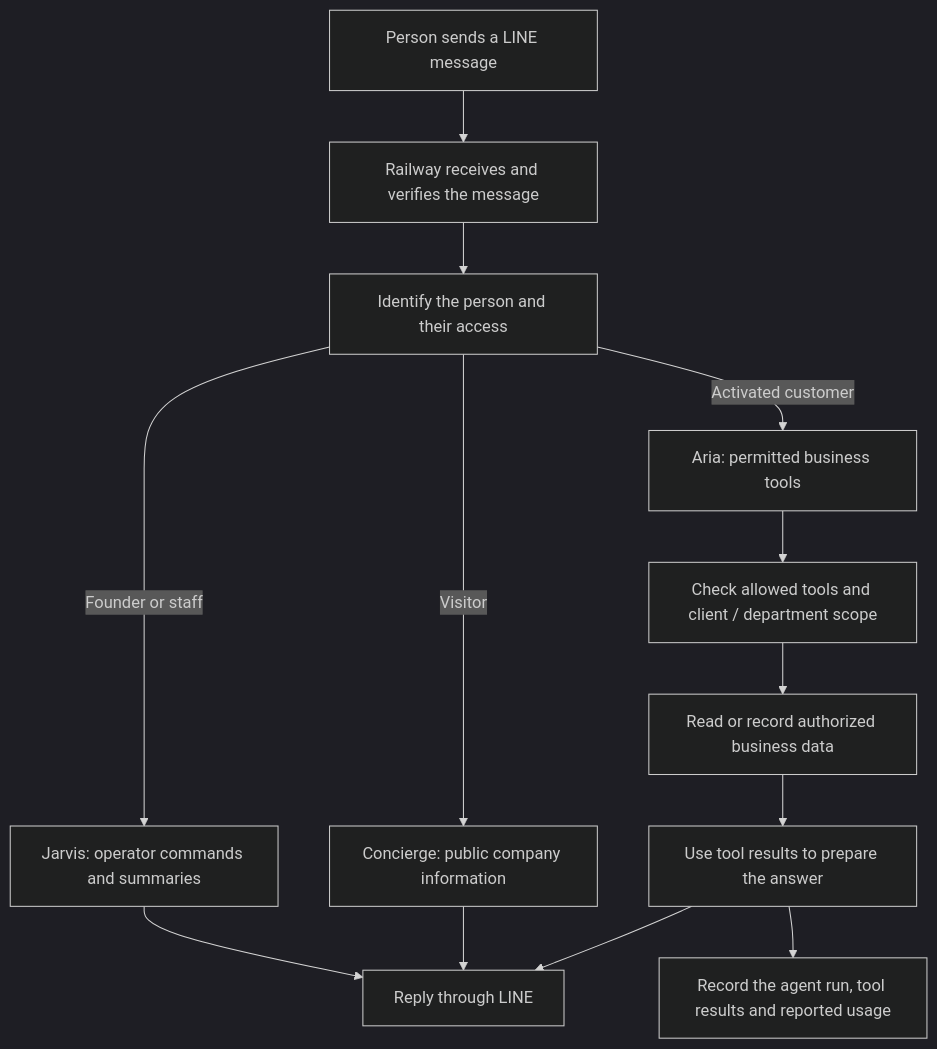
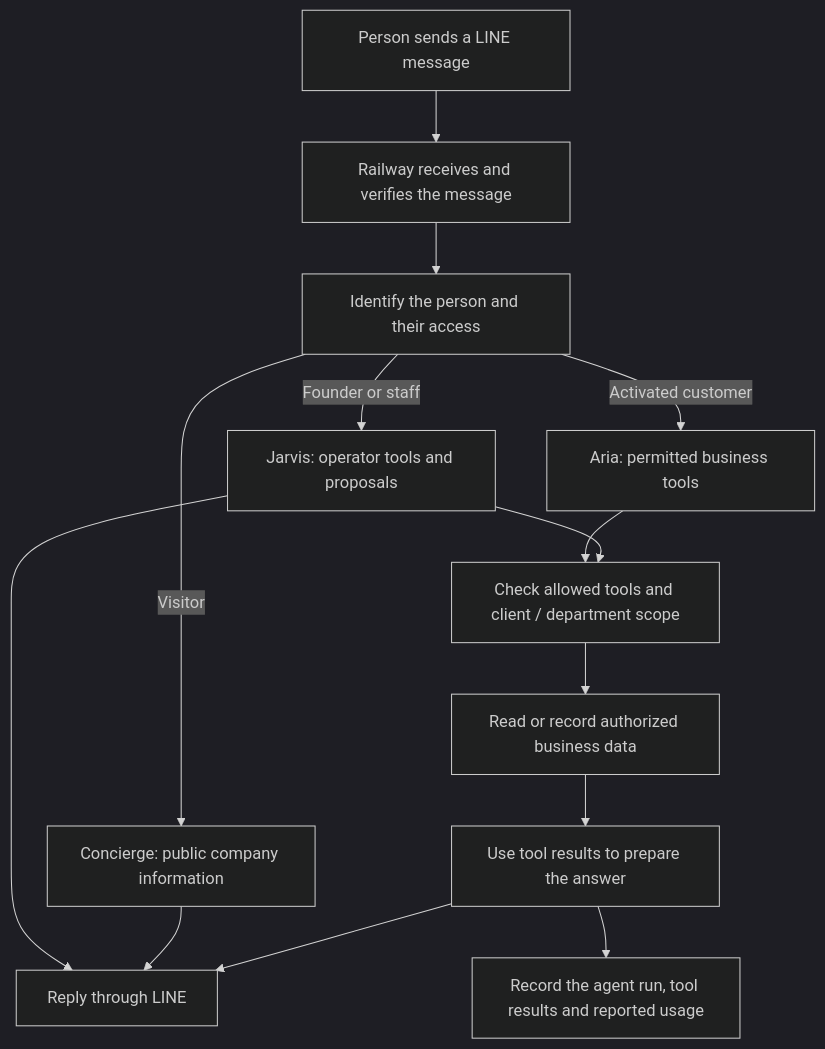
One commit to tanadanaitan-prog/neurohands-ai-agent changed the diagram in README.md. Above: the diagram before and after it, drawn with Mermaid (dark theme). The commit also changed other lines of this file, not shown here.

Commit message:
Record the deployed Jarvis repair and remaining live acceptance

````diff
--- a/README.md
+++ b/README.md
@@ -25,15 +25,16 @@
 ```mermaid
 flowchart TD
     A[Person sends a LINE message] --> B[Railway receives and verifies the message]
     B --> C[Identify the person and their access]
-    C -->|Founder or staff| J[Jarvis: operator commands and summaries]
+    C -->|Founder or staff| J[Jarvis: operator tools and proposals]
     C -->|Activated customer| R[Aria: permitted business tools]
     C -->|Visitor| P[Concierge: public company information]
     R --> D[Check allowed tools and client / department scope]
+    J --> D
     D --> S[Read or record authorized business data]
     S --> V[Use tool results to prepare the answer]
     J --> O[Reply through LINE]
     P --> O
     V --> O
     V --> T[Record the agent run, tool results and reported usage]
 ```
````
